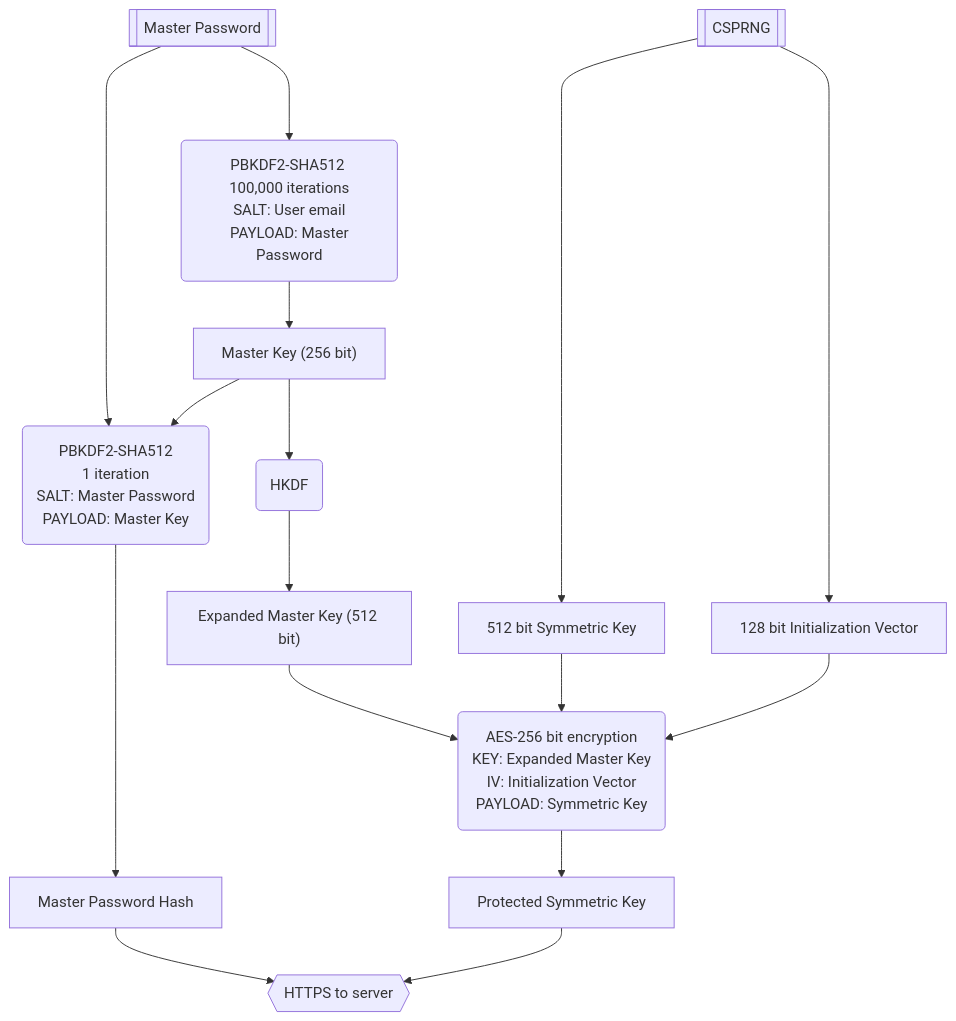
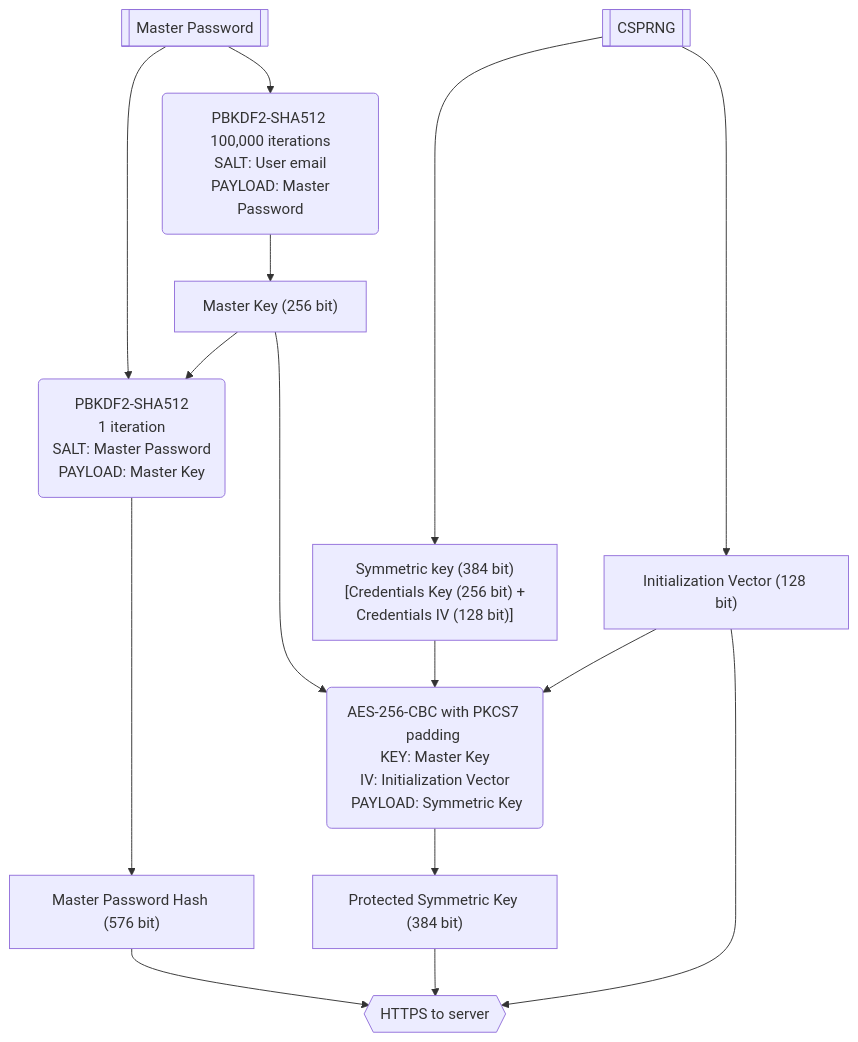
One commit to lukaarma/pwm_backend changed the first of 3 diagrams in specifications/Security Whitepaper.md. Above: the diagram before and after it, drawn with Mermaid. The commit also changed other lines of this file, not shown here.

````diff
--- a/specifications/Security Whitepaper.md
+++ b/specifications/Security Whitepaper.md
@@ -22,31 +28,31 @@
 ```mermaid
 flowchart
-    MASTER_PASSWORD[[Master Password]]
-    MASTER_PASSWORD_HASH[Master Password Hash]
+    MASTER_PASSWORD[["Master Password"]]
+    MASTER_PASSWORD_HASH["Master Password Hash (576 bit)"]
     MASTER_KEY["Master Key (256 bit)"]
-    STRETCHED_MASTER_KEY["Expanded Master Key (512 bit)"]
-    SYMMETRIC_KEY[512 bit Symmetric Key]
-    IV[128 bit Initialization Vector]
-    PROTECTED_SYMMETRIC_KEY[Protected Symmetric Key]
+    SYMMETRIC_KEY["Symmetric key (384 bit)<br> [Credentials Key (256 bit) + Credentials IV (128 bit)]"]
+    IV["Initialization Vector (128 bit)"]
+    PROTECTED_SYMMETRIC_KEY["Protected Symmetric Key (384 bit)"]
 
     CSPRNG[[CSPRNG]]
     PBKDF2_SHA512_KEY(PBKDF2-SHA512 <br> 100,000 iterations <br> SALT: User email <br> PAYLOAD: Master Password)
     PBKDF2_SHA512_HASH(PBKDF2-SHA512 <br> 1 iteration <br> SALT: Master Password <br> PAYLOAD: Master Key)
-    HKDF(HKDF)
-    AES_256(AES-256 bit encryption <br> KEY: Expanded Master Key <br> IV: Initialization Vector <br> PAYLOAD: Symmetric Key)
+    AES_256_KEY(AES-256-CBC with PKCS7 padding <br> KEY: Master Key <br> IV: Initialization Vector <br> PAYLOAD: Symmetric Key)
     HTTPS_TO_SERVER{{HTTPS to server}}
 
 
     MASTER_PASSWORD --> PBKDF2_SHA512_HASH ----> MASTER_PASSWORD_HASH
 
-    MASTER_PASSWORD --->  PBKDF2_SHA512_KEY --> MASTER_KEY
-    MASTER_KEY --> HKDF --> STRETCHED_MASTER_KEY --> AES_256
+    MASTER_PASSWORD -->  PBKDF2_SHA512_KEY --> MASTER_KEY
+    MASTER_KEY --> AES_256_KEY
     MASTER_KEY --> PBKDF2_SHA512_HASH
 
-    CSPRNG ------> SYMMETRIC_KEY --> AES_256
-    CSPRNG ------> IV --> AES_256
-    AES_256 --> PROTECTED_SYMMETRIC_KEY
+    CSPRNG -----> SYMMETRIC_KEY --> AES_256_KEY
+    CSPRNG -----> IV --> AES_256_KEY
+
+    AES_256_KEY --> PROTECTED_SYMMETRIC_KEY
 
     MASTER_PASSWORD_HASH --> HTTPS_TO_SERVER
     PROTECTED_SYMMETRIC_KEY --> HTTPS_TO_SERVER
+    IV --> HTTPS_TO_SERVER
 ```
````
